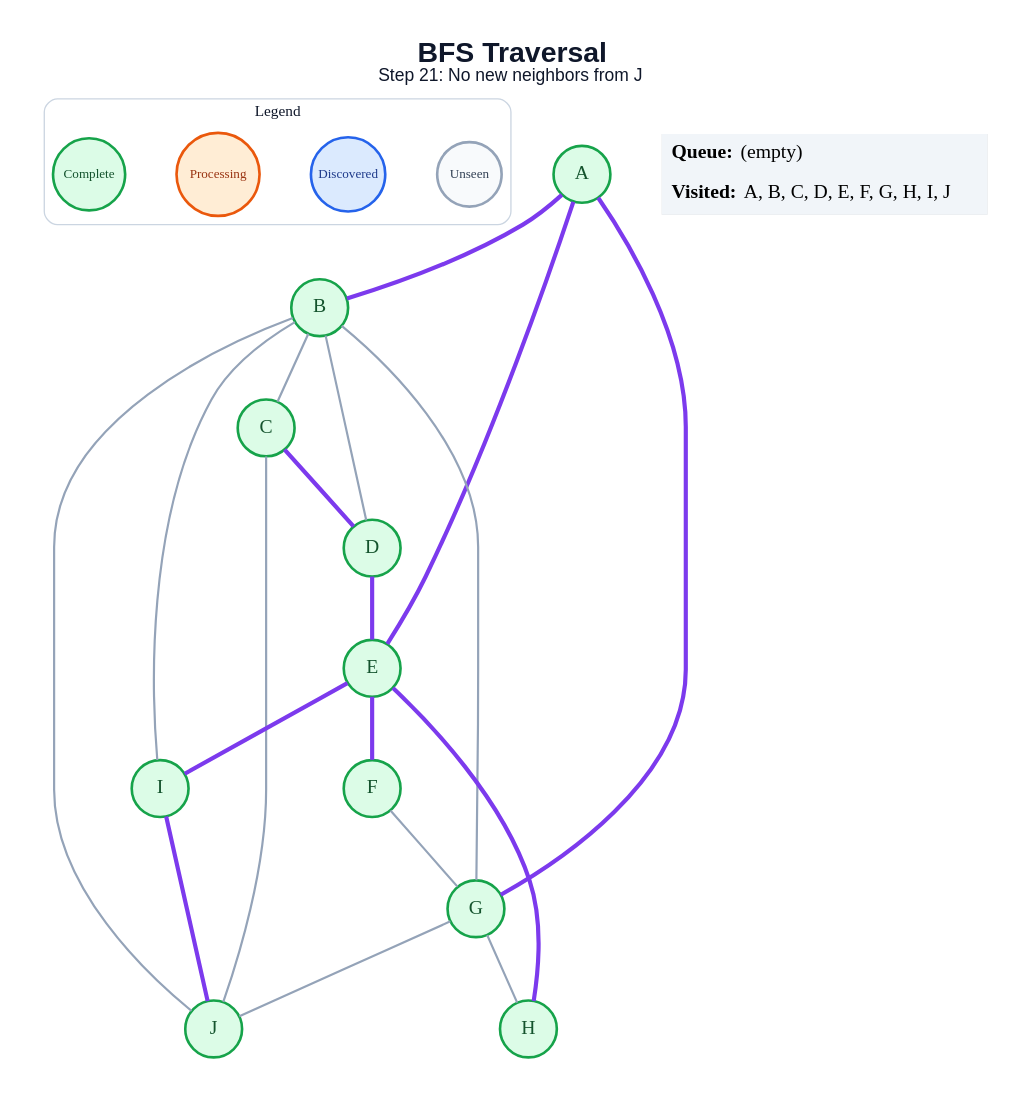
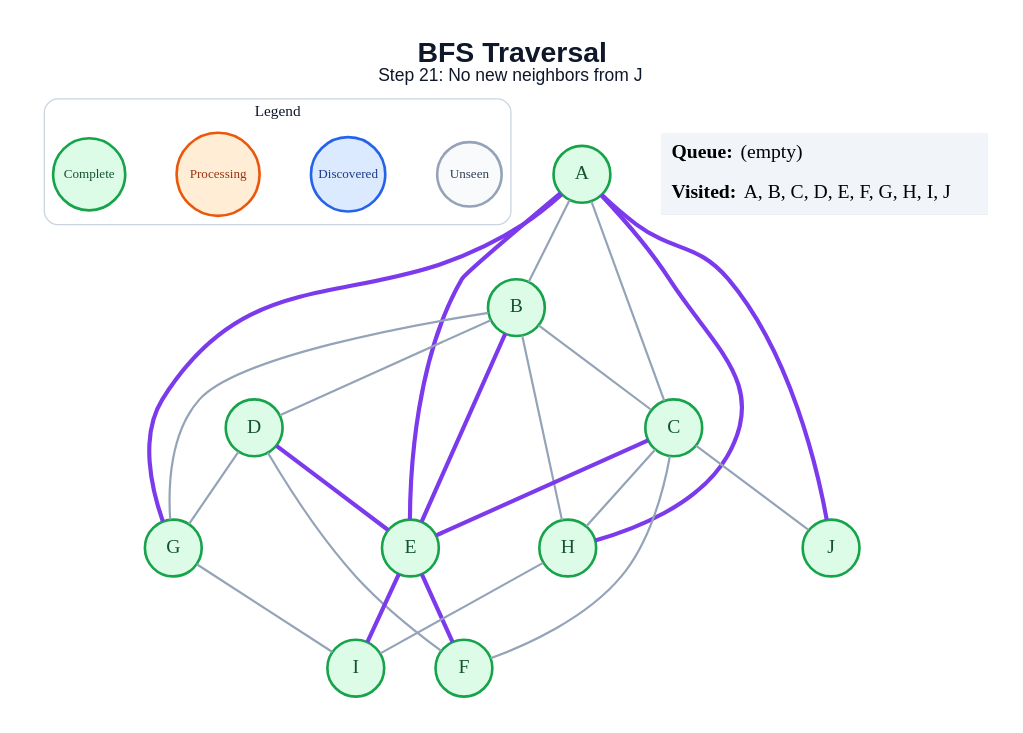
One commit to anon7238593-create/ai-slop changed the diagram in generated/specific-node/bfs/step_21.dot. Above: the diagram before and after it, drawn with Graphviz. The commit also changed 179 other files, not shown here.

```diff
--- a/generated/specific-node/bfs/step_21.dot
+++ b/generated/specific-node/bfs/step_21.dot
@@ -1,47 +1,51 @@
 graph traversal {
   graph [layout=dot, rankdir=TB, bgcolor="#FFFFFF", pad="0.35", nodesep="0.65", ranksep="0.8", fontname="Arial"];
   node [shape=circle, style="filled", fontname="Arial Bold", fontsize=18, width=0.72, fixedsize=true, penwidth=2.4];
   edge [color="#94A3B8", penwidth=2.0];
   label=<<B>BFS Traversal</B><BR/><FONT POINT-SIZE="16">Step 21: No new neighbors from J</FONT>>; labelloc="t"; fontsize=26; fontname="Arial"; fontcolor="#0F172A";
   subgraph cluster_legend { label="Legend"; color="#CBD5E1"; penwidth=1.2; style="rounded"; fontsize=14; fontname="Arial Bold";
     key_unseen [label="Unseen", fillcolor="#F8FAFC", color="#94A3B8", fontcolor="#334155", fontsize=12, width=0.82];
     key_frontier [label="Discovered", fillcolor="#DBEAFE", color="#2563EB", fontcolor="#1E3A8A", fontsize=12, width=0.95];
     key_current [label="Processing", fillcolor="#FFEDD5", color="#EA580C", fontcolor="#9A3412", fontsize=12, width=1.05];
     key_done [label="Complete", fillcolor="#DCFCE7", color="#16A34A", fontcolor="#14532D", fontsize=12, width=0.92];
     { rank=same; key_unseen; key_frontier; key_current; key_done; }
   }
   A [fillcolor="#DCFCE7", color="#16A34A", fontcolor="#14532D"];
   B [fillcolor="#DCFCE7", color="#16A34A", fontcolor="#14532D"];
   C [fillcolor="#DCFCE7", color="#16A34A", fontcolor="#14532D"];
   D [fillcolor="#DCFCE7", color="#16A34A", fontcolor="#14532D"];
   E [fillcolor="#DCFCE7", color="#16A34A", fontcolor="#14532D"];
   F [fillcolor="#DCFCE7", color="#16A34A", fontcolor="#14532D"];
   G [fillcolor="#DCFCE7", color="#16A34A", fontcolor="#14532D"];
   H [fillcolor="#DCFCE7", color="#16A34A", fontcolor="#14532D"];
   I [fillcolor="#DCFCE7", color="#16A34A", fontcolor="#14532D"];
   J [fillcolor="#DCFCE7", color="#16A34A", fontcolor="#14532D"];
-  A -- B [color="#7C3AED", penwidth=3.8];
+  A -- B;
+  A -- C;
   A -- E [color="#7C3AED", penwidth=3.8];
   A -- G [color="#7C3AED", penwidth=3.8];
+  A -- H [color="#7C3AED", penwidth=3.8];
+  A -- J [color="#7C3AED", penwidth=3.8];
   B -- C;
   B -- D;
+  B -- E [color="#7C3AED", penwidth=3.8];
   B -- G;
-  B -- I;
-  B -- J;
-  C -- D [color="#7C3AED", penwidth=3.8];
+  B -- H;
+  C -- E [color="#7C3AED", penwidth=3.8];
+  C -- F;
+  C -- H;
   C -- J;
   D -- E [color="#7C3AED", penwidth=3.8];
+  D -- F;
+  D -- G;
   E -- F [color="#7C3AED", penwidth=3.8];
-  E -- H [color="#7C3AED", penwidth=3.8];
   E -- I [color="#7C3AED", penwidth=3.8];
-  F -- G;
-  G -- H;
-  G -- J;
-  I -- J [color="#7C3AED", penwidth=3.8];
+  G -- I;
+  H -- I;
   status [shape=plain, fixedsize=false, width=0, height=0, margin=0, label=<
     <TABLE BORDER="0" CELLBORDER="0" CELLPADDING="7" BGCOLOR="#F1F5F9">
       <TR><TD ALIGN="LEFT"><B>Queue:</B> (empty)</TD></TR>
       <TR><TD ALIGN="LEFT"><B>Visited:</B> A, B, C, D, E, F, G, H, I, J</TD></TR>
     </TABLE>
   >];
 }
```
